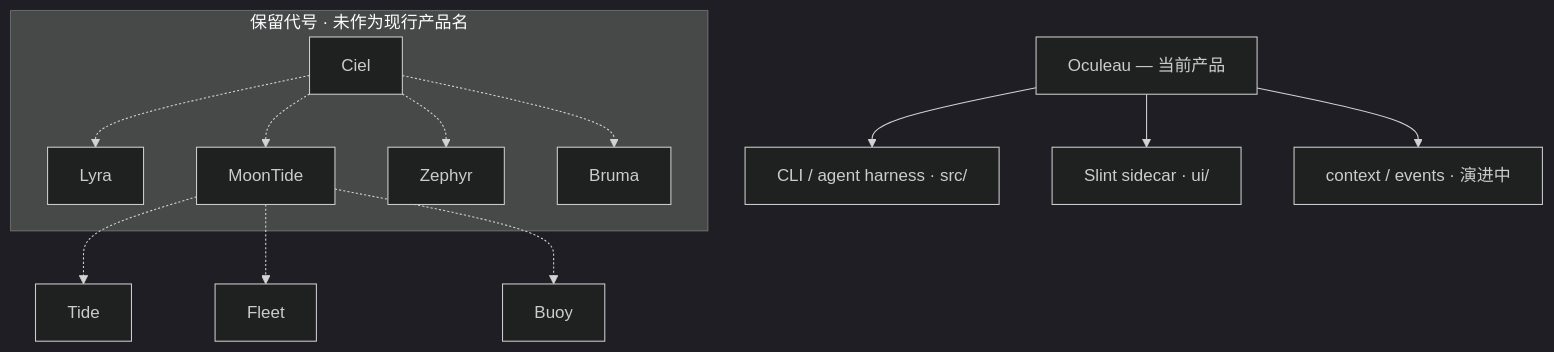
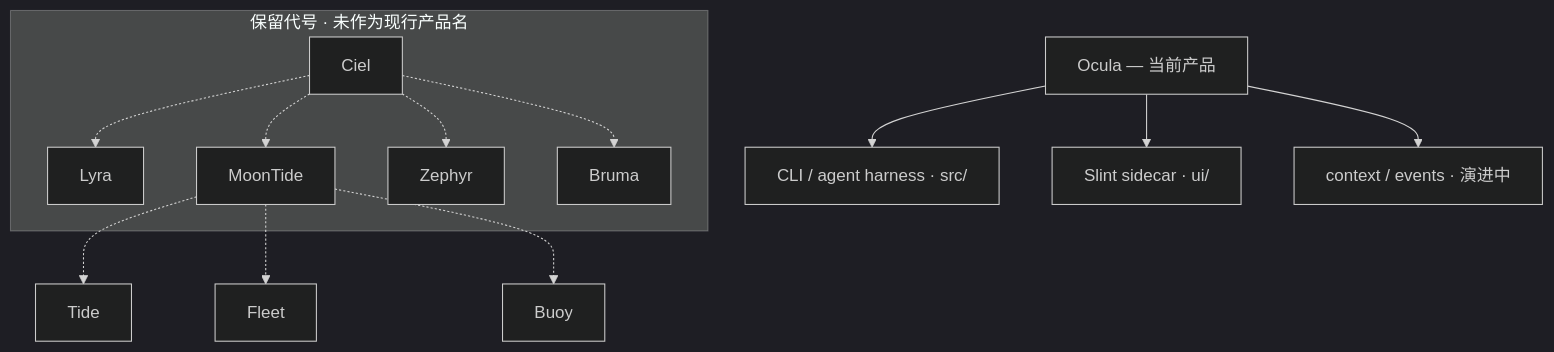
Before and after one commit to chendpoc/moontide: the diagram in docs/product/vision.md, drawn with Mermaid (dark theme). The commit also changed other lines of this file and 52 other files, not shown here.

First line of the commit message:
refactor: rename Oculeau to Ocula across repo

````diff
--- a/docs/product/vision.md
+++ b/docs/product/vision.md
@@ -29,23 +29,23 @@
 ```mermaid
 flowchart TB
-  Now["Oculeau — 当前产品"]
+  Now["Ocula — 当前产品"]
   Now --> CLI["CLI / agent harness · src/"]
   Now --> UI["Slint sidecar · ui/"]
   Now --> Ctx["context / events · 演进中"]
 
   subgraph reserved [保留代号 · 未作为现行产品名]
     Ciel["Ciel"]
     Lyra["Lyra"]
     MoonTide["MoonTide"]
     Zephyr["Zephyr"]
     Bruma["Bruma"]
   end
 
   Ciel -.-> Lyra
   Ciel -.-> MoonTide
   Ciel -.-> Zephyr
   Ciel -.-> Bruma
   MoonTide -.-> Tide["Tide"]
   MoonTide -.-> Fleet["Fleet"]
   MoonTide -.-> Buoy["Buoy"]
 ```
````
